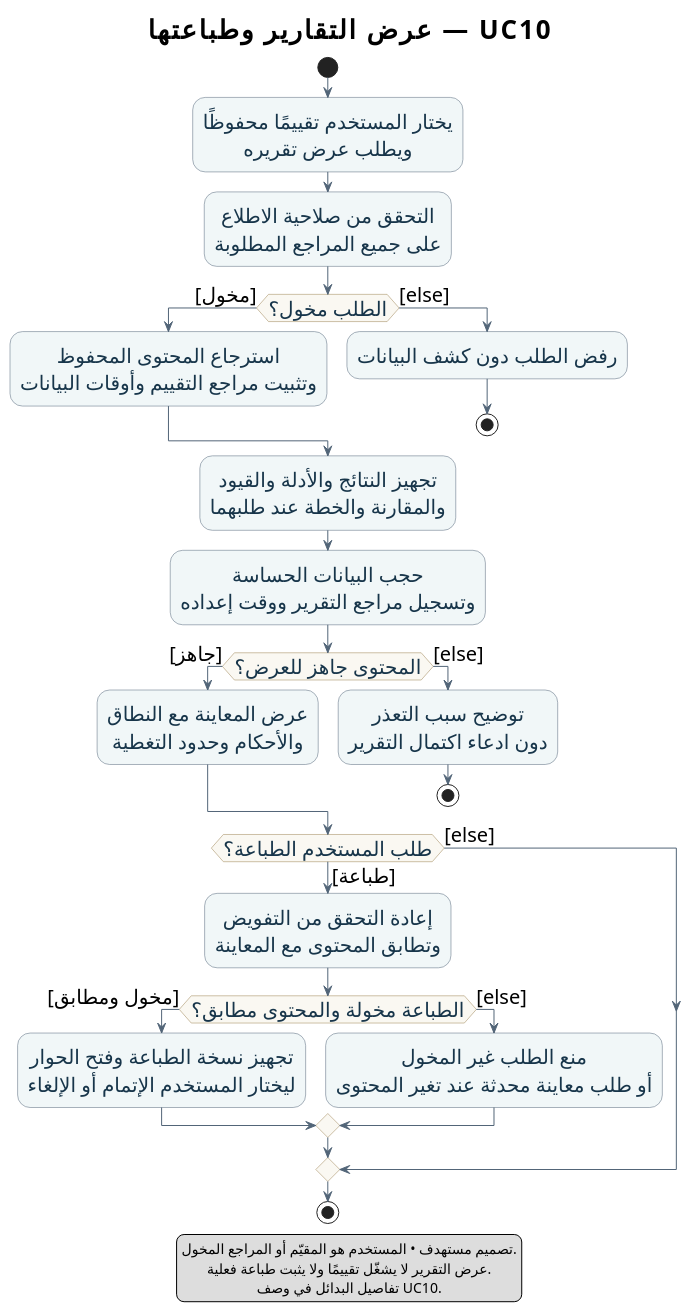
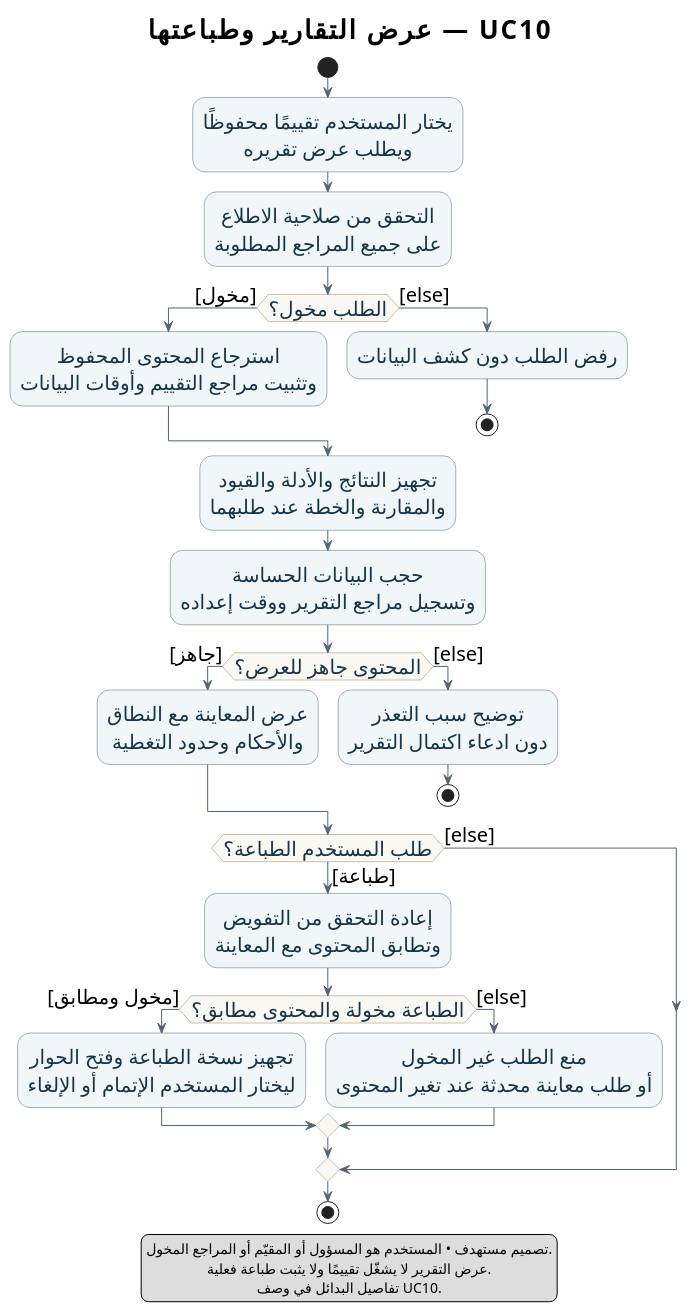
Before and after one commit to omar-Al-Assaf/github-security-assessment: the diagram in docs/diagrams/activity/12-view-print-reports-activity.puml, drawn with PlantUML. The commit also changed 27 other files, not shown here.

```diff
--- a/docs/diagrams/activity/12-view-print-reports-activity.puml
+++ b/docs/diagrams/activity/12-view-print-reports-activity.puml
@@ -1,53 +1,53 @@
 @startuml 12-view-print-reports-activity
 title عرض التقارير وطباعتها — UC10
 
 skinparam defaultFontName Dubai
 skinparam defaultFontSize 20
 skinparam titleFontSize 26
 skinparam defaultTextAlignment center
 skinparam shadowing false
 skinparam ArrowColor #526578
 skinparam activity {
   BackgroundColor #F1F7F8
   BorderColor #526578
   FontColor #17354A
   DiamondBackgroundColor #FAF8F2
   DiamondBorderColor #9A8051
 }
 
 start
 :يختار المستخدم تقييمًا محفوظًا\nويطلب عرض تقريره;
 :التحقق من صلاحية الاطلاع\nعلى جميع المراجع المطلوبة;
 if (الطلب مخول؟) then ([مخول])
   :استرجاع المحتوى المحفوظ\nوتثبيت مراجع التقييم وأوقات البيانات;
 else ([else])
   :رفض الطلب دون كشف البيانات;
   stop
 endif
 
 :تجهيز النتائج والأدلة والقيود\nوالمقارنة والخطة عند طلبهما;
 :حجب البيانات الحساسة\nوتسجيل مراجع التقرير ووقت إعداده;
 if (المحتوى جاهز للعرض؟) then ([جاهز])
   :عرض المعاينة مع النطاق\nوالأحكام وحدود التغطية;
 else ([else])
   :توضيح سبب التعذر\nدون ادعاء اكتمال التقرير;
   stop
 endif
 
 if (طلب المستخدم الطباعة؟) then ([طباعة])
   :إعادة التحقق من التفويض\nوتطابق المحتوى مع المعاينة;
   if (الطباعة مخولة والمحتوى مطابق؟) then ([مخول ومطابق])
     :تجهيز نسخة الطباعة وفتح الحوار\nليختار المستخدم الإتمام أو الإلغاء;
   else ([else])
     :منع الطلب غير المخول\nأو طلب معاينة محدثة عند تغير المحتوى;
   endif
 else ([else])
 endif
 stop
 
 legend bottom
-  تصميم مستهدف • المستخدم هو المقيّم أو المراجع المخول.
+  تصميم مستهدف • المستخدم هو المسؤول أو المقيّم أو المراجع المخول.
   عرض التقرير لا يشغّل تقييمًا ولا يثبت طباعة فعلية.
   تفاصيل البدائل في وصف UC10.
 endlegend
 @enduml
```
